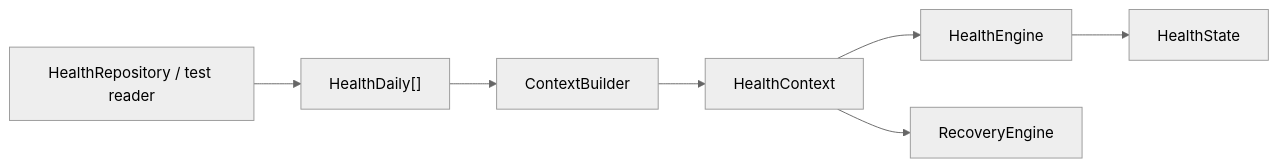
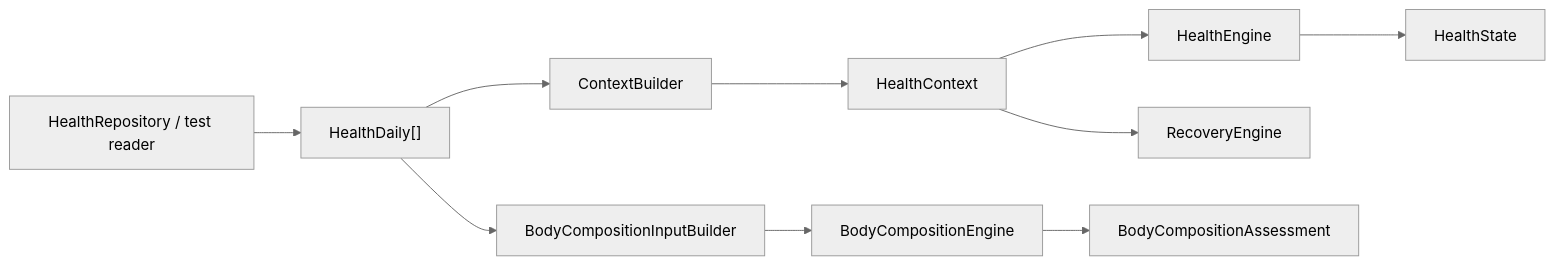
Before and after one commit to tdg4dftypb-coder/athlete-platform: diagram 11 of 12 in docs/engineering/02-architecture.md, drawn with Mermaid (neutral theme). The commit also changed other lines of this file and 12 other files, not shown here.

Commit message:
Integrate body composition with intelligence workflow

````diff
--- a/docs/engineering/02-architecture.md
+++ b/docs/engineering/02-architecture.md
@@ -572,9 +584,12 @@
 ```mermaid
 flowchart LR
     SRC["HealthRepository / test reader"] --> HD["HealthDaily[]"]
     HD --> CB["ContextBuilder"]
     CB --> HC["HealthContext"]
     HC --> HE["HealthEngine"]
     HE --> HS["HealthState"]
     HC --> RE["RecoveryEngine"]
+    HD --> BCI["BodyCompositionInputBuilder"]
+    BCI --> BCE["BodyCompositionEngine"]
+    BCE --> BCA["BodyCompositionAssessment"]
 ```
````
